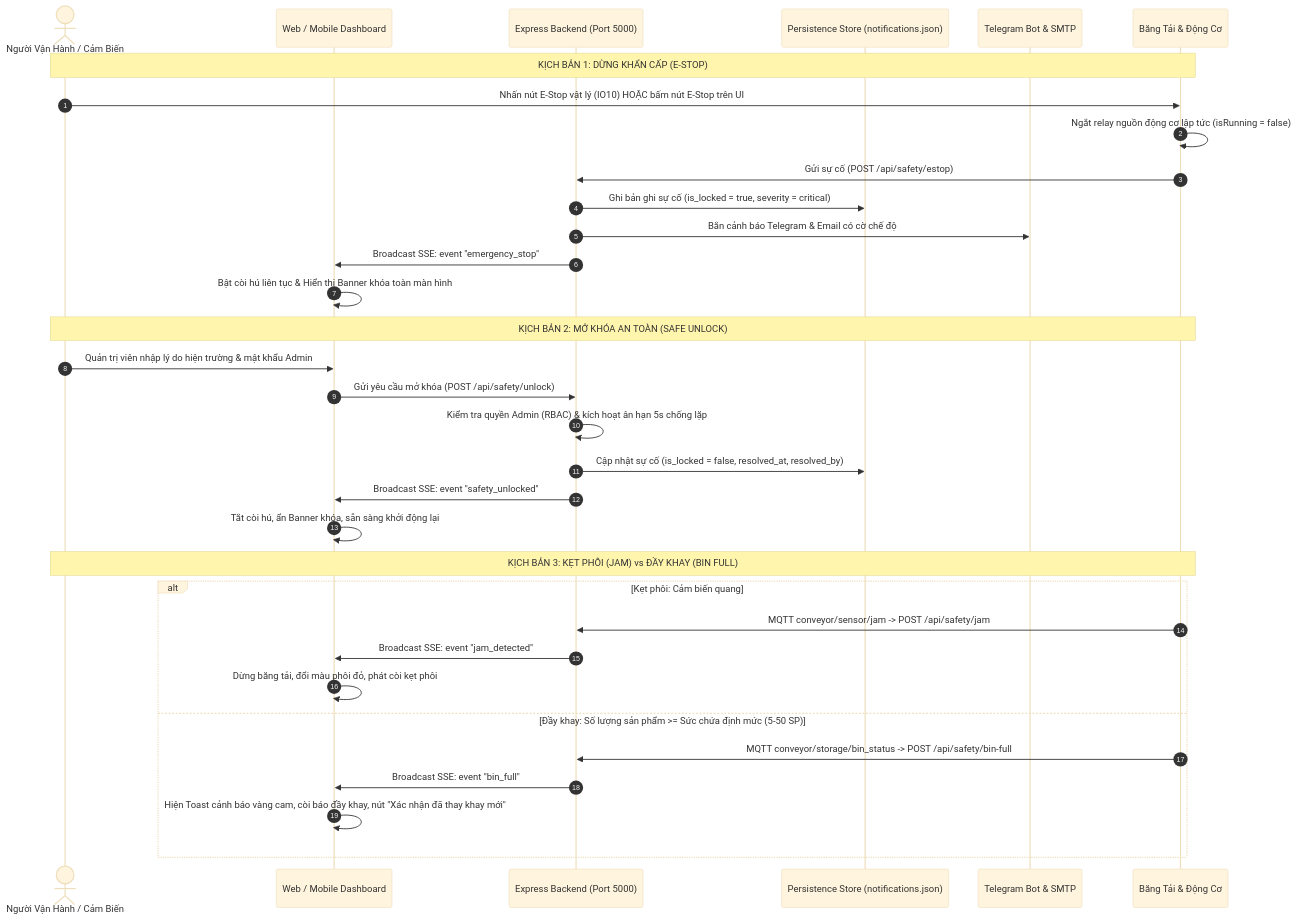
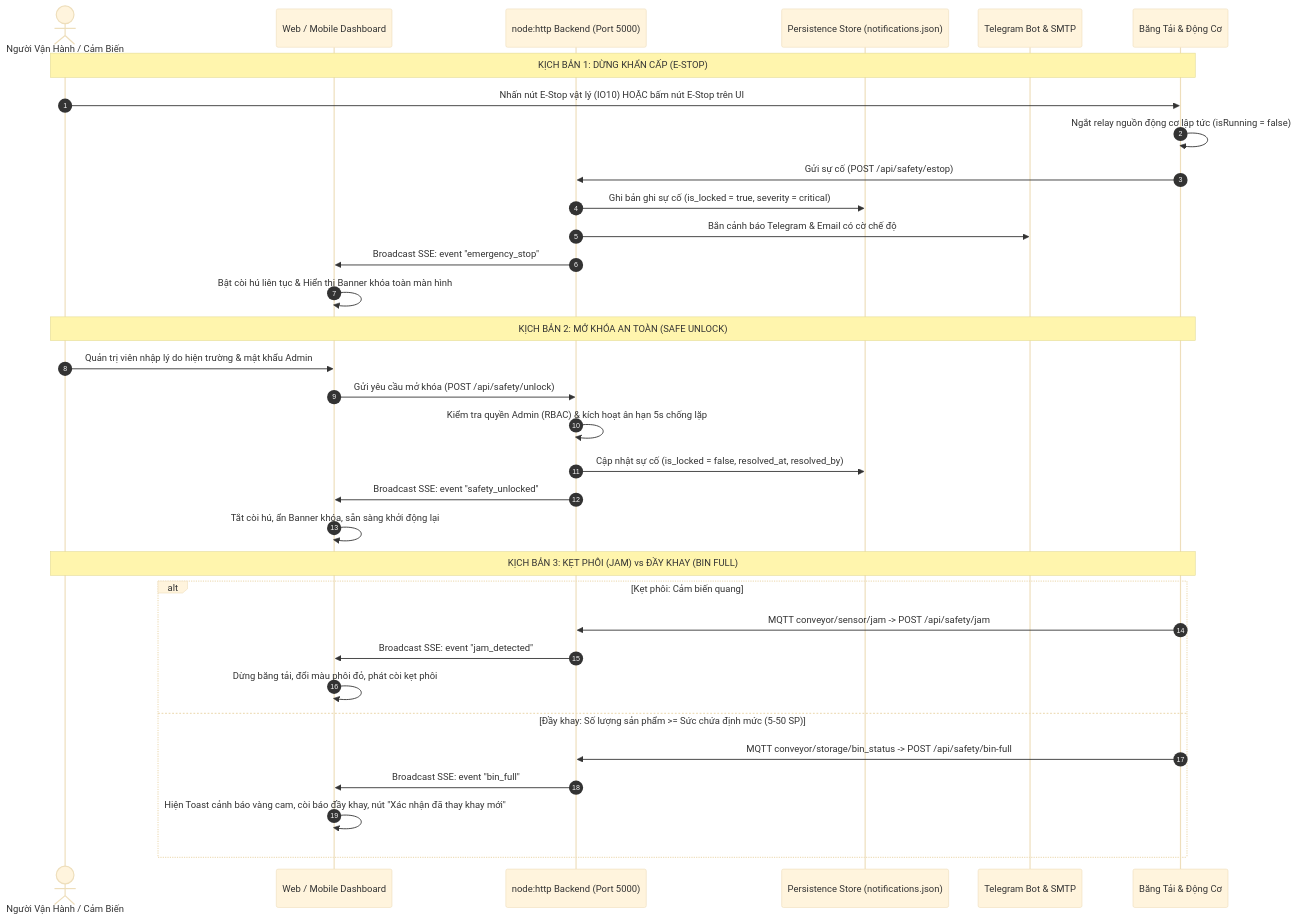
The second of 6 diagrams in README.md (duyphong375/SortiX-Dashboard), drawn with Mermaid (base theme) before and after one commit. The commit also changed other lines of this file and 33 other files, not shown here.

````diff
--- a/README.md
+++ b/README.md
@@ -242,38 +295,38 @@
 ```mermaid
 sequenceDiagram
     autonumber
     actor Operator as Người Vận Hành / Cảm Biến
     participant Client as Web / Mobile Dashboard
-    participant Backend as Express Backend (Port 5000)
+    participant Backend as node:http Backend (Port 5000)
     participant DB as Persistence Store (notifications.json)
     participant Alerts as Telegram Bot & SMTP
     participant Hardware as Băng Tải & Động Cơ
 
     Note over Operator,Hardware: KỊCH BẢN 1: DỪNG KHẨN CẤP (E-STOP)
     Operator->>Hardware: Nhấn nút E-Stop vật lý (IO10) HOẶC bấm nút E-Stop trên UI
     Hardware->>Hardware: Ngắt relay nguồn động cơ lập tức (isRunning = false)
     Hardware->>Backend: Gửi sự cố (POST /api/safety/estop)
     Backend->>DB: Ghi bản ghi sự cố (is_locked = true, severity = critical)
     Backend->>Alerts: Bắn cảnh báo Telegram & Email có cờ chế độ
     Backend->>Client: Broadcast SSE: event "emergency_stop"
     Client->>Client: Bật còi hú liên tục & Hiển thị Banner khóa toàn màn hình
 
     Note over Operator,Hardware: KỊCH BẢN 2: MỞ KHÓA AN TOÀN (SAFE UNLOCK)
     Operator->>Client: Quản trị viên nhập lý do hiện trường & mật khẩu Admin
     Client->>Backend: Gửi yêu cầu mở khóa (POST /api/safety/unlock)
     Backend->>Backend: Kiểm tra quyền Admin (RBAC) & kích hoạt ân hạn 5s chống lặp
     Backend->>DB: Cập nhật sự cố (is_locked = false, resolved_at, resolved_by)
     Backend->>Client: Broadcast SSE: event "safety_unlocked"
     Client->>Client: Tắt còi hú, ẩn Banner khóa, sẵn sàng khởi động lại
 
     Note over Operator,Hardware: KỊCH BẢN 3: KẸT PHÔI (JAM) vs ĐẦY KHAY (BIN FULL)
     alt Kẹt phôi: Cảm biến quang #02 che khuất liên tục > 5 giây
         Hardware->>Backend: MQTT conveyor/sensor/jam -> POST /api/safety/jam
         Backend->>Client: Broadcast SSE: event "jam_detected"
         Client->>Client: Dừng băng tải, đổi màu phôi đỏ, phát còi kẹt phôi
     else Đầy khay: Số lượng sản phẩm >= Sức chứa định mức (5-50 SP)
         Hardware->>Backend: MQTT conveyor/storage/bin_status -> POST /api/safety/bin-full
         Backend->>Client: Broadcast SSE: event "bin_full"
         Client->>Client: Hiện Toast cảnh báo vàng cam, còi báo đầy khay, nút "Xác nhận đã thay khay mới"
     end
 ```
````
